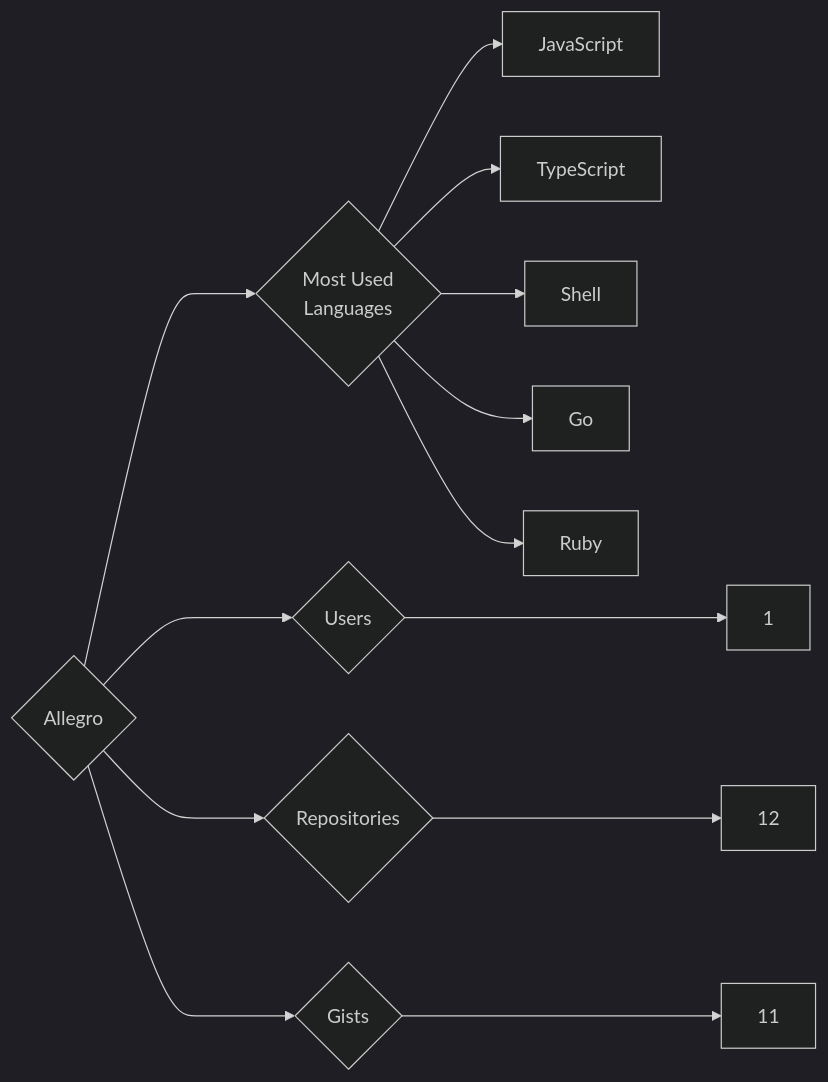
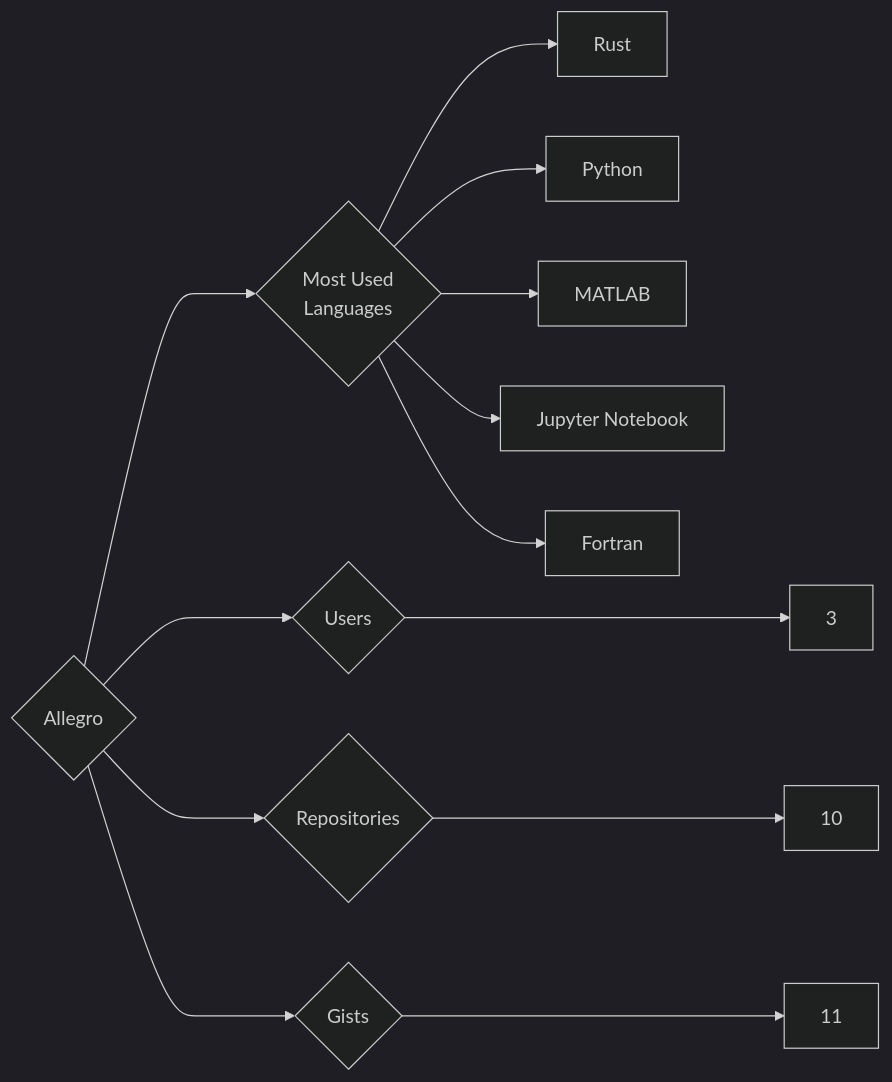
Before and after one commit to trickest/insiders: the diagram in targets/Allegro/README.md, drawn with Mermaid (dark theme). The commit also changed 873 other files, not shown here.

````diff
--- a/targets/Allegro/README.md
+++ b/targets/Allegro/README.md
@@ -3,13 +3,13 @@
 ```mermaid
 graph LR
 COMPANY_NAME{Allegro}
-COMPANY_NAME ---> U{Users} ---> UN[1]
-COMPANY_NAME ---> R{Repositories} ---> RN[12]
+COMPANY_NAME ---> U{Users} ---> UN[3]
+COMPANY_NAME ---> R{Repositories} ---> RN[10]
 COMPANY_NAME ---> G{Gists} ---> GN[11]
 COMPANY_NAME ---> ML{Most Used<br>Languages}
-ML --> JavaScript[JavaScript]
-ML --> TypeScript[TypeScript]
-ML --> Shell[Shell]
-ML --> Go[Go]
-ML --> Ruby[Ruby]
+ML --> Rust[Rust]
+ML --> Python[Python]
+ML --> MATLAB[MATLAB]
+ML --> Jupyter_Notebook[Jupyter Notebook]
+ML --> Fortran[Fortran]
 ```
````
